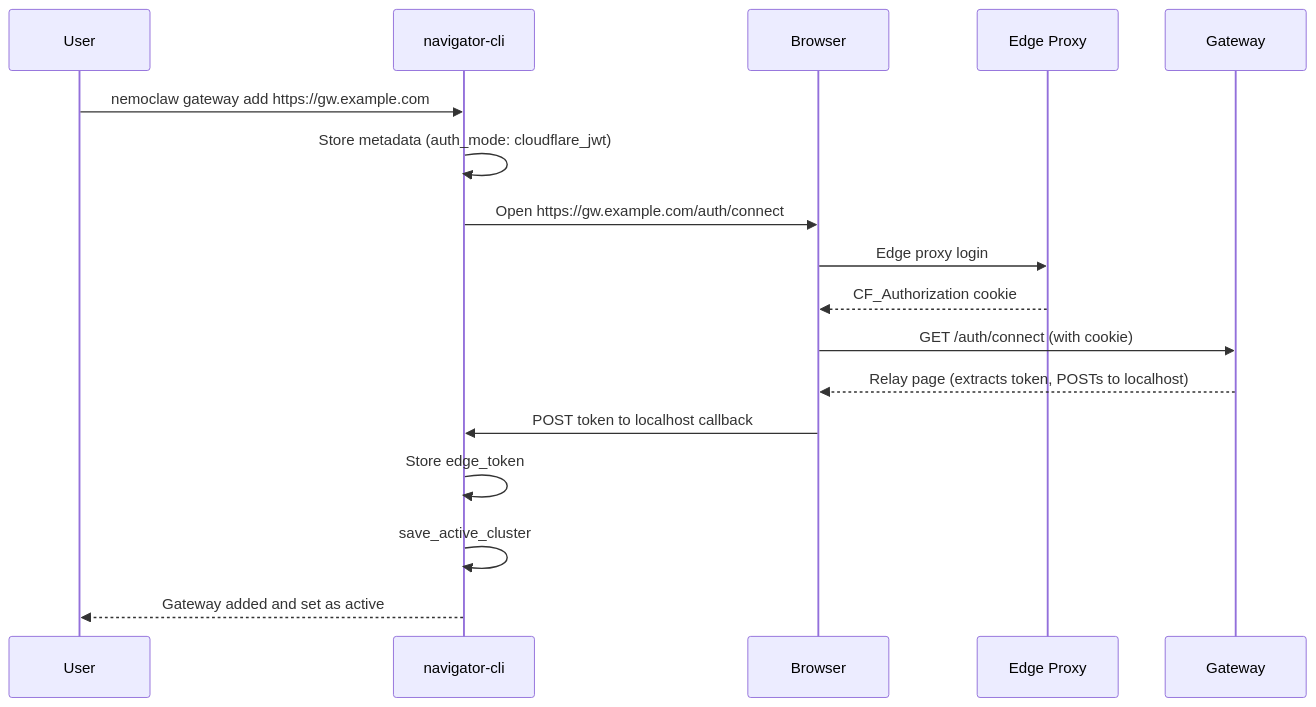
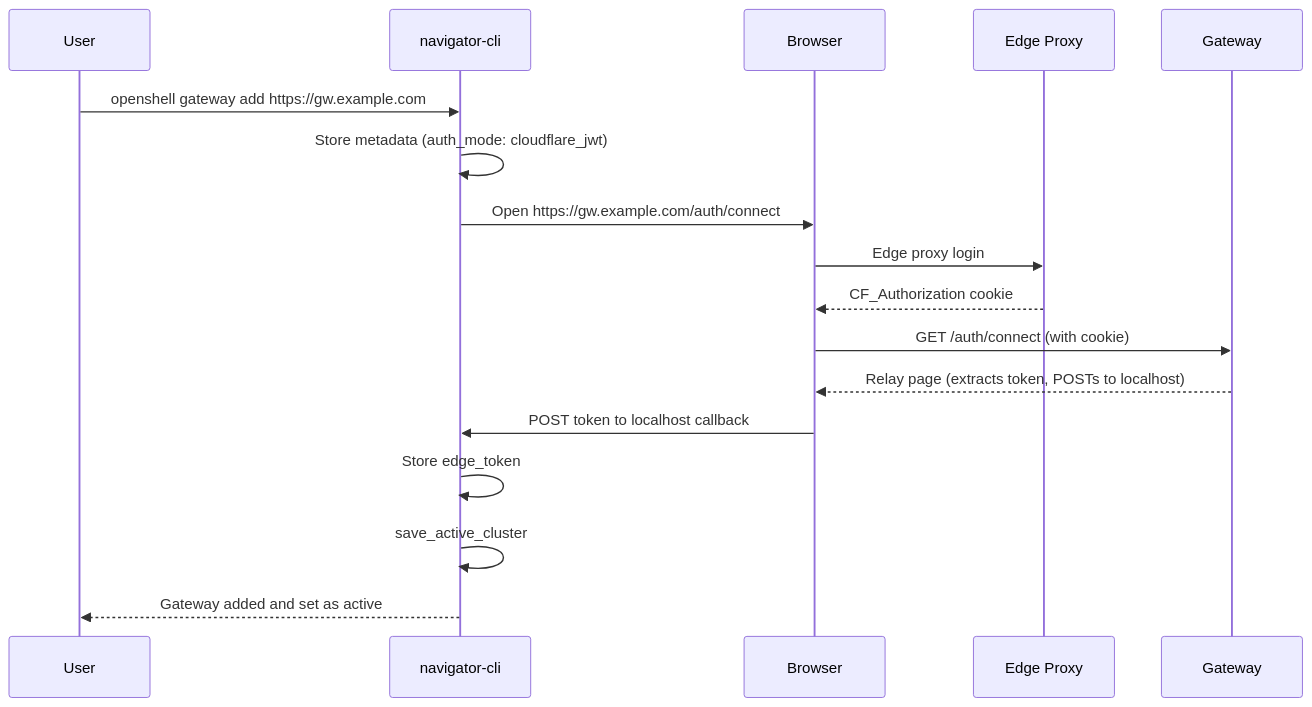
Before and after one commit to NVIDIA/OpenShell: the third of 3 diagrams in architecture/gateway-deploy-connect.md, drawn with Mermaid. The commit also changed other lines of this file and 162 other files, not shown here.

````diff
--- a/architecture/gateway-deploy-connect.md
+++ b/architecture/gateway-deploy-connect.md
@@ -114,20 +114,20 @@
 ```mermaid
 sequenceDiagram
     participant U as User
     participant CLI as navigator-cli
     participant Browser as Browser
     participant Edge as Edge Proxy
     participant GW as Gateway
 
-    U->>CLI: nemoclaw gateway add https://gw.example.com
+    U->>CLI: openshell gateway add https://gw.example.com
     CLI->>CLI: Store metadata (auth_mode: cloudflare_jwt)
     CLI->>Browser: Open https://gw.example.com/auth/connect
     Browser->>Edge: Edge proxy login
     Edge-->>Browser: CF_Authorization cookie
     Browser->>GW: GET /auth/connect (with cookie)
     GW-->>Browser: Relay page (extracts token, POSTs to localhost)
     Browser->>CLI: POST token to localhost callback
     CLI->>CLI: Store edge_token
     CLI->>CLI: save_active_cluster
     CLI-->>U: Gateway added and set as active
 ```
````
